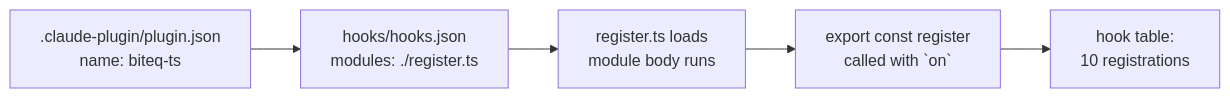
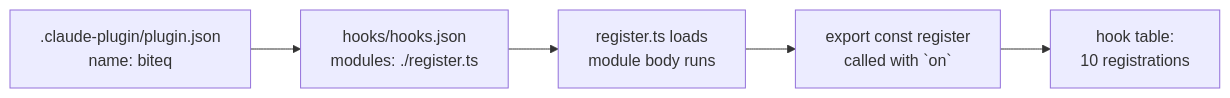
Before and after one commit to mingzew/biteq: the first of 13 diagrams in docs/lesson-plan.md, drawn with Mermaid. The commit also changed other lines of this file and 31 other files, not shown here.

````diff
--- a/docs/lesson-plan.md
+++ b/docs/lesson-plan.md
@@ -58,7 +58,7 @@
 ```mermaid
 flowchart LR
-  A[".claude-plugin/plugin.json<br/>name: biteq-ts"] --> B["hooks/hooks.json<br/>modules: ./register.ts"]
+  A[".claude-plugin/plugin.json<br/>name: biteq"] --> B["hooks/hooks.json<br/>modules: ./register.ts"]
   B --> C["register.ts loads<br/>module body runs"]
   C --> D["export const register<br/>called with `on`"]
   D --> E["hook table:<br/>10 registrations"]
 ```
````
